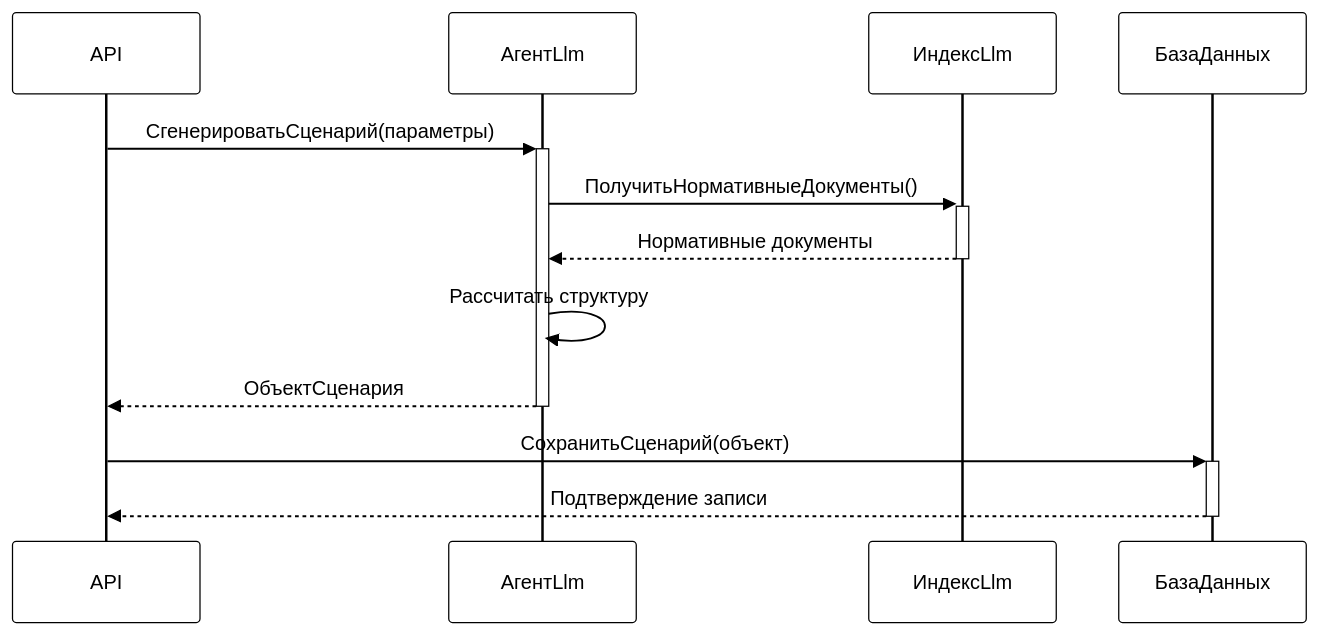
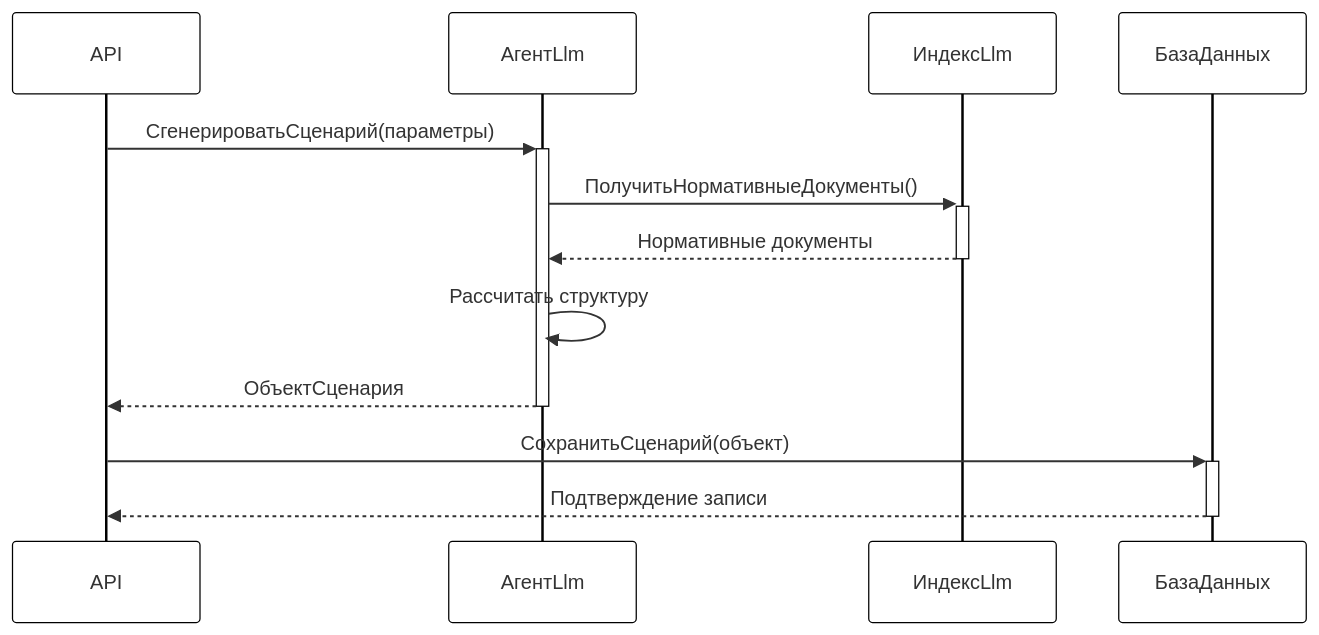
The first of 6 diagrams in Пакет Обработка эмбеддингов/Диаграмма последовательностей взаимодействия объектов классов.md (CHSU-scenarAIst/diagrammy), drawn with Mermaid before and after one commit. The commit also changed other lines of this file and 8 other files, not shown here.

````diff
--- a/Пакет Обработка эмбеддингов/Диаграмма последовательностей взаимодействия объектов классов.md
+++ b/Пакет Обработка эмбеддингов/Диаграмма последовательностей взаимодействия объектов классов.md
@@ -5,34 +5,24 @@
 ```mermaid
 %%{init: {
   'theme': 'base',
   'themeVariables': {
     'primaryColor': '#fff',
     'primaryBorderColor': '#000',
-    'lineColor': '#000',
-    'tertiaryColor': '#fff',
-    'edgeColor': '#000',
-    'fontFamily': 'arial',
     'fontSize': '16px',
-    'signalColor': '#000',
-    'signalTextColor': '#000',
-    'actorTextColor': '#000',
-    'actorLineColor': '#000',
-    'labelTextColor': '#000',
-    'activationBorderColor': '#000',
-    'activationBackgroundColor': '#000'
+    'activationBorderColor': '#000'
   }
 }}%%
 sequenceDiagram
     participant Controller as API
     participant AI as АгентLlm
     participant KB as ИндексLlm
     participant Storage as БазаДанных
 
     Controller->>+AI: СгенерироватьСценарий(параметры)
     AI->>+KB: ПолучитьНормативныеДокументы()
     KB-->>-AI: Нормативные документы
     AI->>AI: Рассчитать структуру
     AI-->>-Controller: ОбъектСценария
     Controller->>+Storage: СохранитьСценарий(объект)
     Storage-->>-Controller: Подтверждение записи
 ```
````
